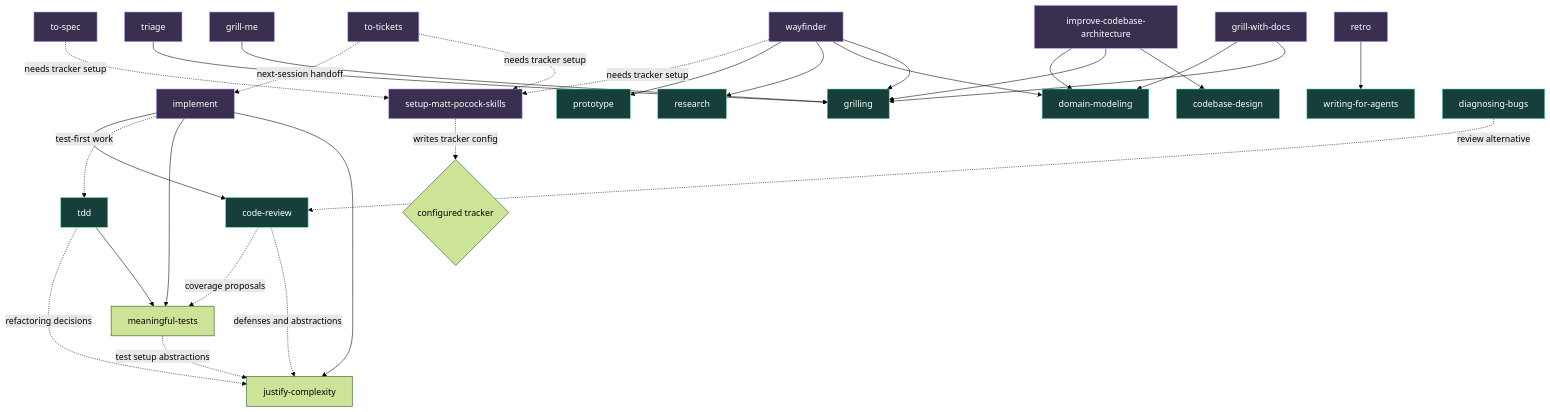
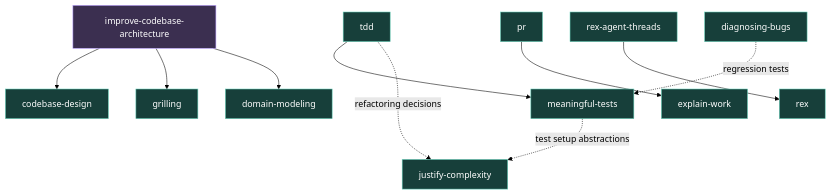
The diagram in home/.agents/skills/README.md (m0hill/dotfiles), drawn with Mermaid (forest theme) before and after one commit. The commit also changed other lines of this file and 131 other files, not shown here.

````diff
--- a/home/.agents/skills/README.md
+++ b/home/.agents/skills/README.md
@@ -83,43 +66,19 @@
 ```mermaid
 flowchart TD
-  setup[setup-matt-pocock-skills] -. writes tracker config .-> tracker{configured tracker}
-
-  grillme[grill-me] --> grilling[grilling]
-  grilldocs[grill-with-docs] --> grilling
-  grilldocs --> domain[domain-modeling]
-  triage[triage] --> grilling
-
-  wayfinder[wayfinder] --> grilling
-  wayfinder --> domain
-  wayfinder --> research[research]
-  wayfinder --> prototype[prototype]
-  wayfinder -. needs tracker setup .-> setup
-
-  spec[to-spec] -. needs tracker setup .-> setup
-
-  tickets[to-tickets] -. needs tracker setup .-> setup
-  tickets -. next-session handoff .-> implement[implement]
-
-  implement --> complexity[justify-complexity]
-  implement --> tests[meaningful-tests]
-  implement -. test-first work .-> tdd[tdd]
-  implement --> review[code-review]
-  tdd --> tests
-  tdd -. refactoring decisions .-> complexity
+  tdd[tdd] --> tests[meaningful-tests]
+  tdd -. refactoring decisions .-> complexity[justify-complexity]
   tests -. test setup abstractions .-> complexity
-  review -. defenses and abstractions .-> complexity
-  review -. coverage proposals .-> tests
+  diagnose[diagnosing-bugs] -. regression tests .-> tests
 
   architecture[improve-codebase-architecture] --> design[codebase-design]
-  architecture --> grilling
-  architecture --> domain
+  architecture --> grilling[grilling]
+  architecture --> domain[domain-modeling]
 
-  retro[retro] --> writing[writing-for-agents]
-
-  diagnose[diagnosing-bugs] -. review alternative .-> review
+  pr[pr] --> explain[explain-work]
+  threads[rex-agent-threads] --> rex[rex]
 
   classDef user fill:#3b2f50,stroke:#b69cff,color:#fff;
   classDef model fill:#173f3a,stroke:#69d3bd,color:#fff;
-  class setup,grillme,grilldocs,triage,wayfinder,spec,tickets,implement,architecture,retro user;
-  class grilling,domain,research,prototype,tdd,review,design,diagnose,writing model;
+  class architecture user;
+  class tdd,tests,complexity,diagnose,design,grilling,domain,pr,explain,threads,rex model;
 ```
````
